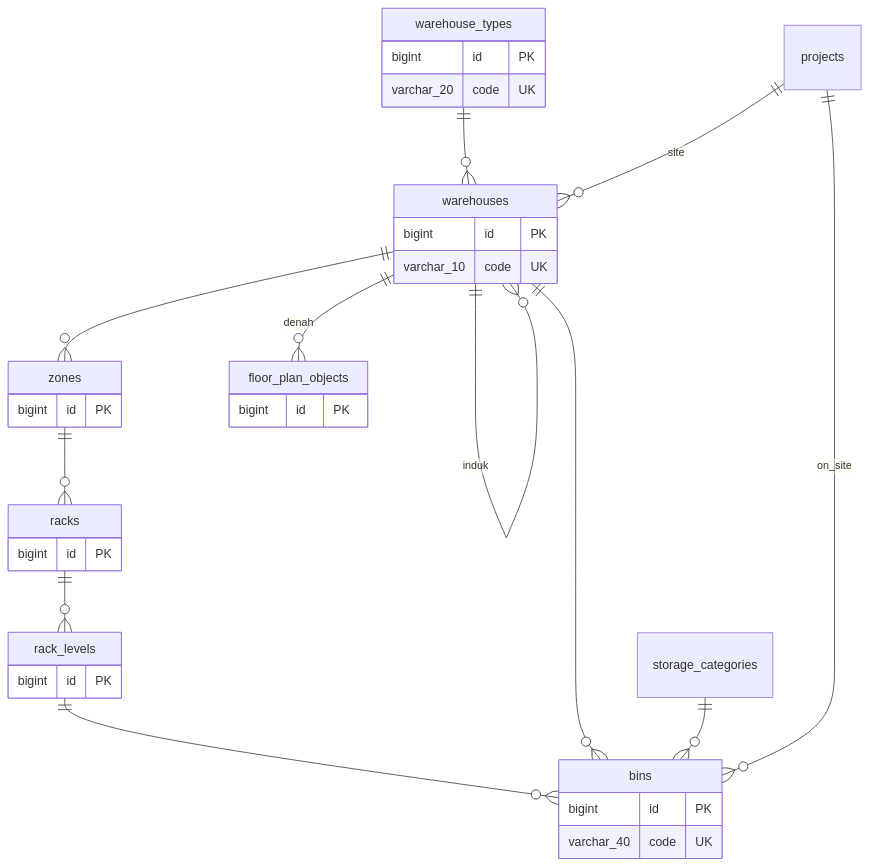
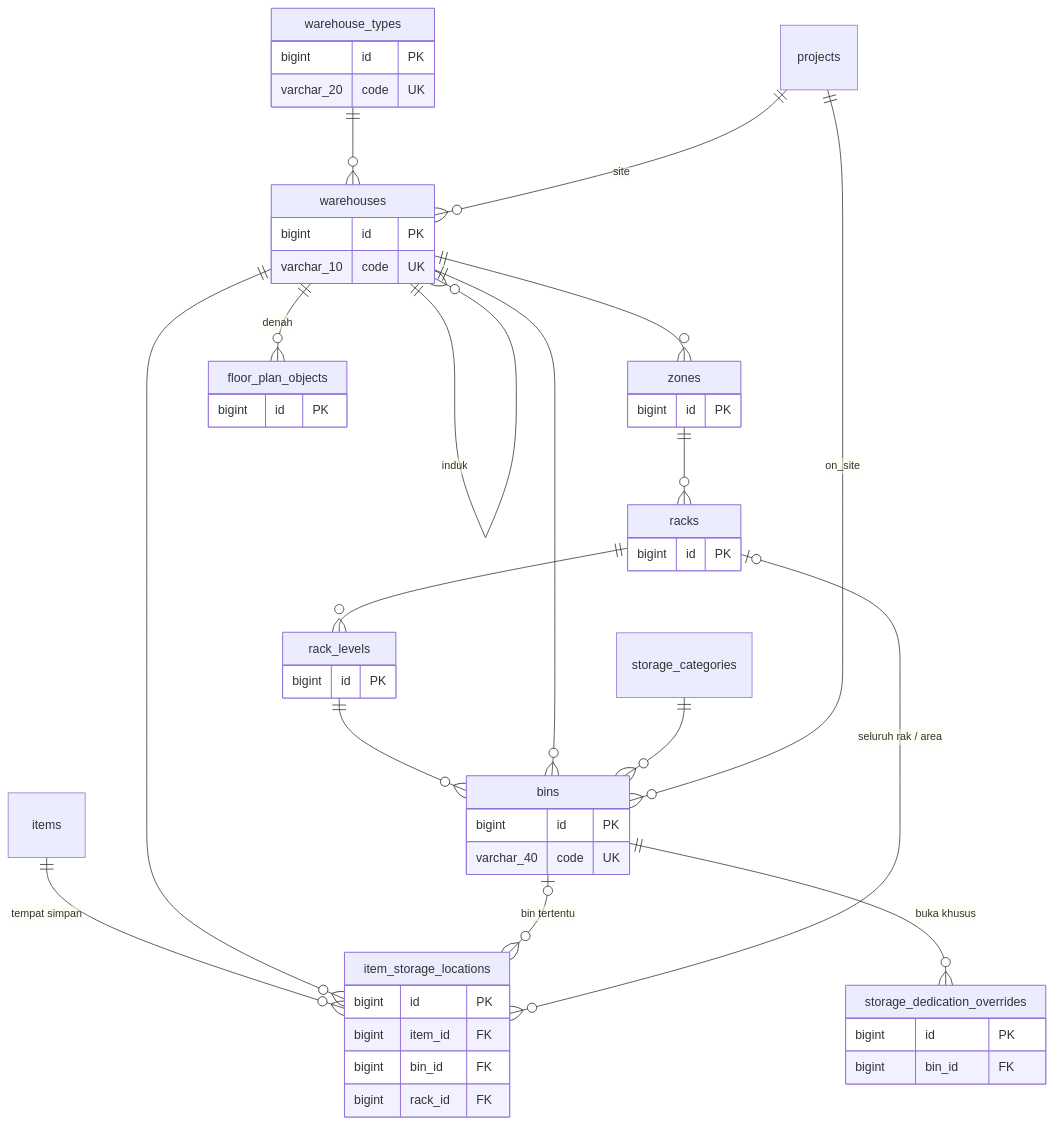
The first of 4 diagrams in docs/wms/08b-model-data-stok-dokumen.md (HengkyDarmawan/wms), drawn with Mermaid before and after one commit. The commit also changed other lines of this file and 53 other files, not shown here.

````diff
--- a/docs/wms/08b-model-data-stok-dokumen.md
+++ b/docs/wms/08b-model-data-stok-dokumen.md
@@ -28,38 +28,53 @@
 ```mermaid
 erDiagram
   warehouse_types {
     bigint id PK
     varchar_20 code UK
   }
   warehouses {
     bigint id PK
     varchar_10 code UK
   }
   zones {
     bigint id PK
   }
   floor_plan_objects {
     bigint id PK
   }
   racks {
     bigint id PK
   }
   rack_levels {
     bigint id PK
   }
   bins {
     bigint id PK
     varchar_40 code UK
   }
+  item_storage_locations {
+    bigint id PK
+    bigint item_id FK
+    bigint bin_id FK
+    bigint rack_id FK
+  }
+  storage_dedication_overrides {
+    bigint id PK
+    bigint bin_id FK
+  }
   warehouse_types ||--o{ warehouses : " "
   warehouses ||--o{ warehouses : "induk"
   warehouses ||--o{ zones : " "
   warehouses ||--o{ floor_plan_objects : "denah"
   zones ||--o{ racks : " "
   racks ||--o{ rack_levels : " "
   rack_levels ||--o{ bins : " "
   warehouses ||--o{ bins : " "
   storage_categories ||--o{ bins : " "
   projects ||--o{ warehouses : "site"
   projects ||--o{ bins : "on_site"
+  items ||--o{ item_storage_locations : "tempat simpan"
+  warehouses ||--o{ item_storage_locations : " "
+  bins |o--o{ item_storage_locations : "bin tertentu"
+  racks |o--o{ item_storage_locations : "seluruh rak / area"
+  bins ||--o{ storage_dedication_overrides : "buka khusus"
 ```
````
